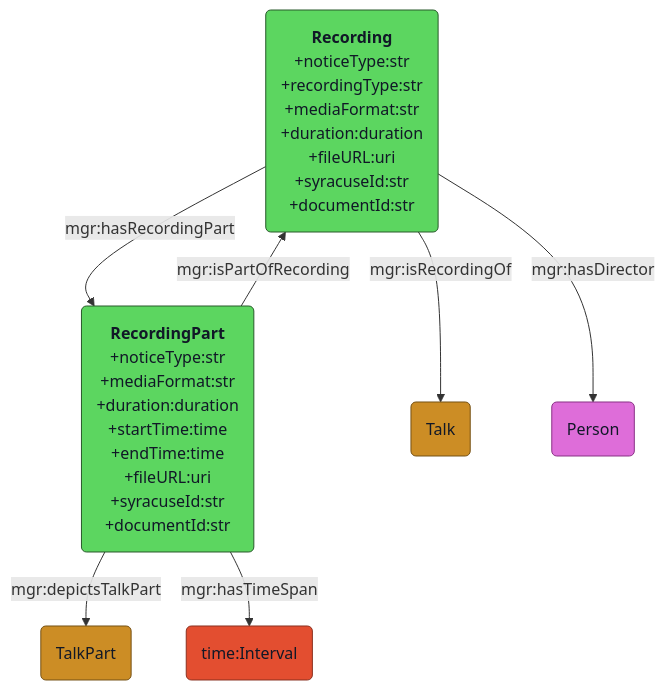
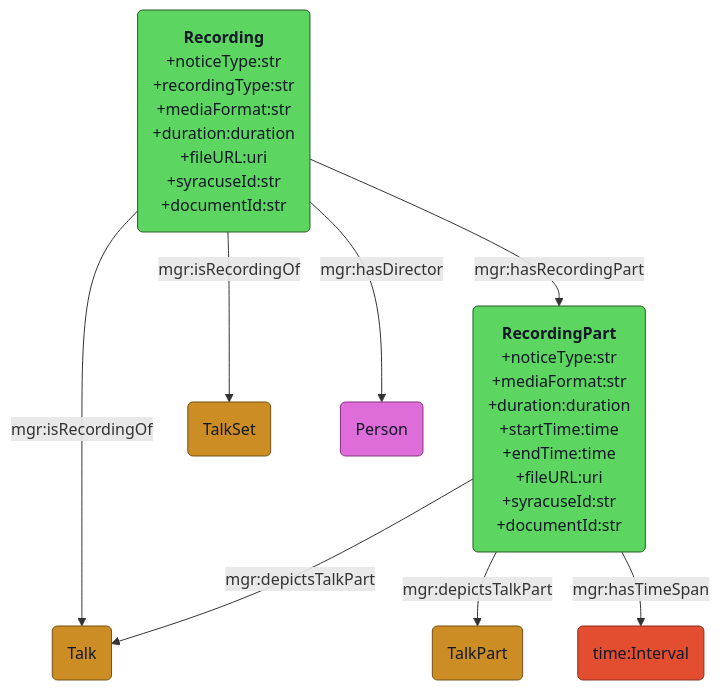
Before and after one commit to solenn-tl/mgr-ontology: the diagram in nl-doc/recording/recording_to_rdf.md, drawn with Mermaid. The commit also changed 13 other files, not shown here.

````diff
--- a/nl-doc/recording/recording_to_rdf.md
+++ b/nl-doc/recording/recording_to_rdf.md
@@ -4,26 +4,31 @@
 ```mermaid
 flowchart TD
 
     Recording(<b>Recording</b><br>+noticeType:str<br>+recordingType:str<br>+mediaFormat:str<br>+duration:duration<br>+fileURL:uri<br>+syracuseId:str<br>+documentId:str)
     RecordingPart(<b>RecordingPart</b><br>+noticeType:str<br>+mediaFormat:str<br>+duration:duration<br>+startTime:time<br>+endTime:time<br>+fileURL:uri<br>+syracuseId:str<br>+documentId:str)
+    TalkSet(TalkSet)
     Talk(Talk)
     TalkPart(TalkPart)
     Person(Person)
     TimeInterval(time:Interval)
 
+    Recording -- mgr:isRecordingOf --> TalkSet
+    Recording -- mgr:isRecordingOf --> Talk
+
     Recording -- mgr:hasRecordingPart --> RecordingPart
-    RecordingPart -- mgr:isPartOfRecording --> Recording
-    Recording -- mgr:isRecordingOf --> Talk
+    
+    RecordingPart -- mgr:depictsTalkPart --> Talk
     RecordingPart -- mgr:depictsTalkPart --> TalkPart
+     
     Recording -- mgr:hasDirector --> Person
     RecordingPart -- mgr:hasTimeSpan --> TimeInterval
 
 classDef recording fill:#5CD660,stroke:#29592B,color:#111827
 class Recording,RecordingPart recording
 classDef event fill:#CC8D25,stroke:#755115,color:#111827
-class Talk,TalkPart event
+class TalkSet,Talk,TalkPart event
 classDef entity fill:#DE6DD9,stroke:#8A3286,color:#111827
 class Person entity
 classDef structure fill:#E34E30,stroke:#8A3120,color:#111827
 class TimeInterval structure
 ```
````
